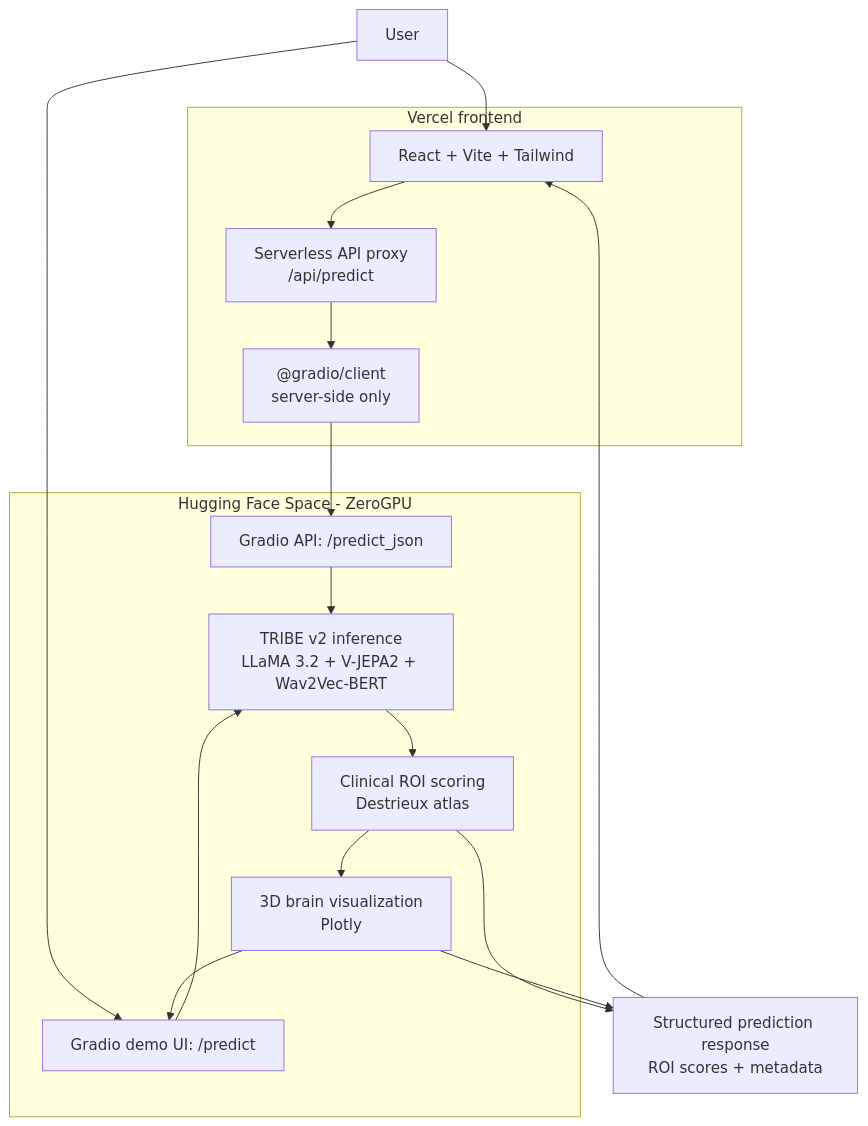
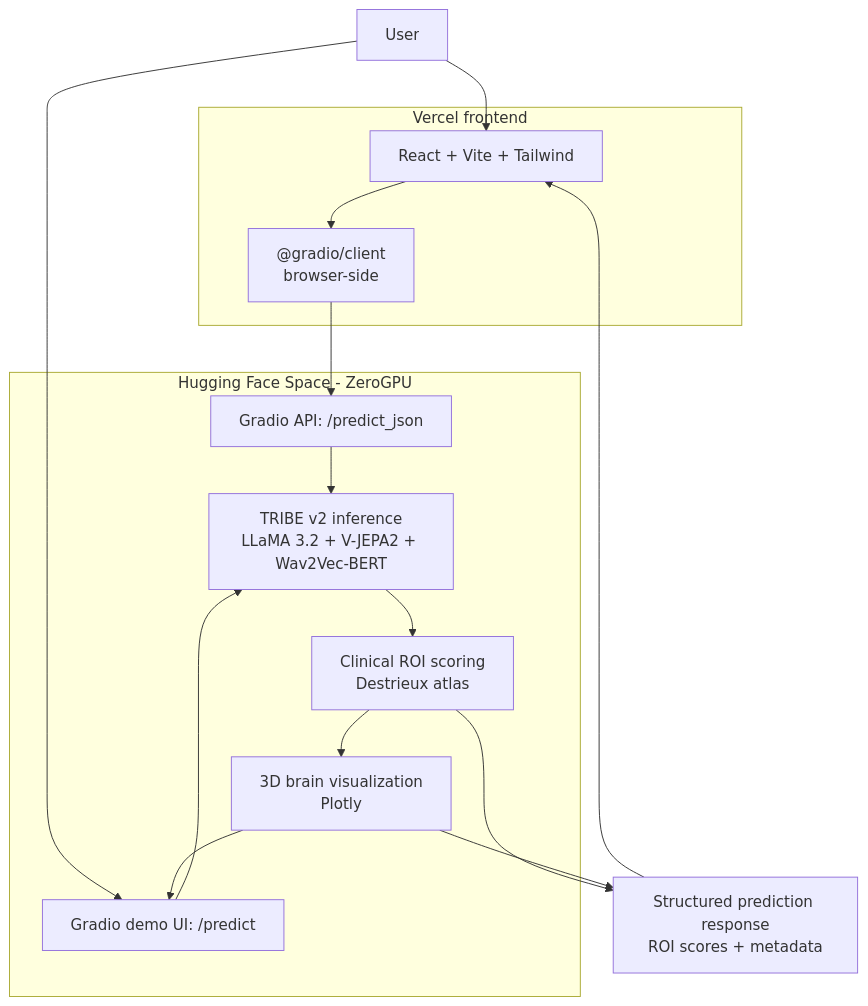
Before and after one commit to rohany395/neuro-cue: the diagram in README.md, drawn with Mermaid. The commit also changed other lines of this file and 9 other files, not shown here.

Commit message:
Remove public predict proxy

````diff
--- a/README.md
+++ b/README.md
@@ -40,32 +40,30 @@
 ```mermaid
 flowchart TD
   User["User"]
 
   subgraph Vercel["Vercel frontend"]
     React["React + Vite + Tailwind"]
-    Proxy["Serverless API proxy<br/>/api/predict"]
-    Client["@gradio/client<br/>server-side only"]
-    React --> Proxy
-    Proxy --> Client
+    Client["@gradio/client<br/>browser-side"]
+    React --> Client
   end
 
   subgraph Space["Hugging Face Space - ZeroGPU"]
     API["Gradio API: /predict_json"]
     Gradio["Gradio demo UI: /predict"]
     Inference["TRIBE v2 inference<br/>LLaMA 3.2 + V-JEPA2 + Wav2Vec-BERT"]
     ROI["Clinical ROI scoring<br/>Destrieux atlas"]
     Brain["3D brain visualization<br/>Plotly"]
   end
 
   User --> React
   User --> Gradio
   Client --> API
   API --> Inference
   Gradio --> Inference
   Inference --> ROI
   ROI --> Response["Structured prediction response<br/>ROI scores + metadata"]
   ROI --> Brain
   Brain --> Response
   Response --> React
   Brain --> Gradio
 ```
````
